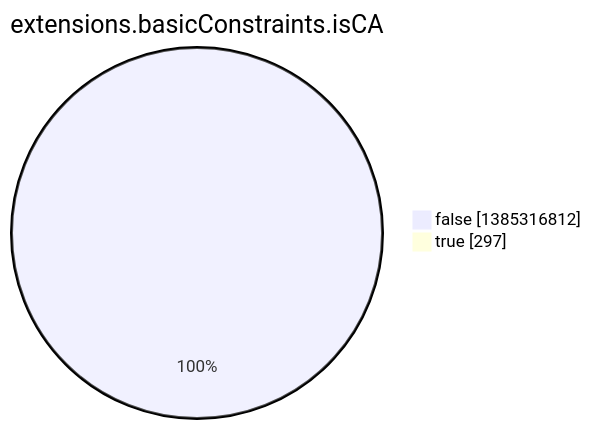
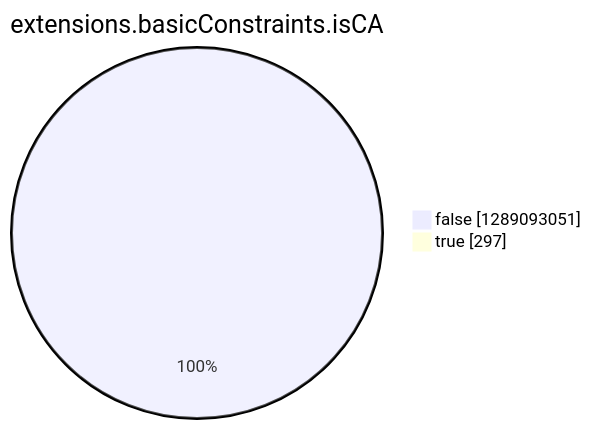
The eighth of 15 diagrams in argon2022/README.md (christiankrug/ctmonitor_visualization), drawn with Mermaid before and after one commit. The commit also changed other lines of this file, not shown here.

````diff
--- a/argon2022/README.md
+++ b/argon2022/README.md
@@ -2759,6 +2755,6 @@
 ```mermaid
 pie showData
 title extensions.basicConstraints.isCA
-"false" :1385316812
+"false" :1289093051
 "true" :297
 ```
````
